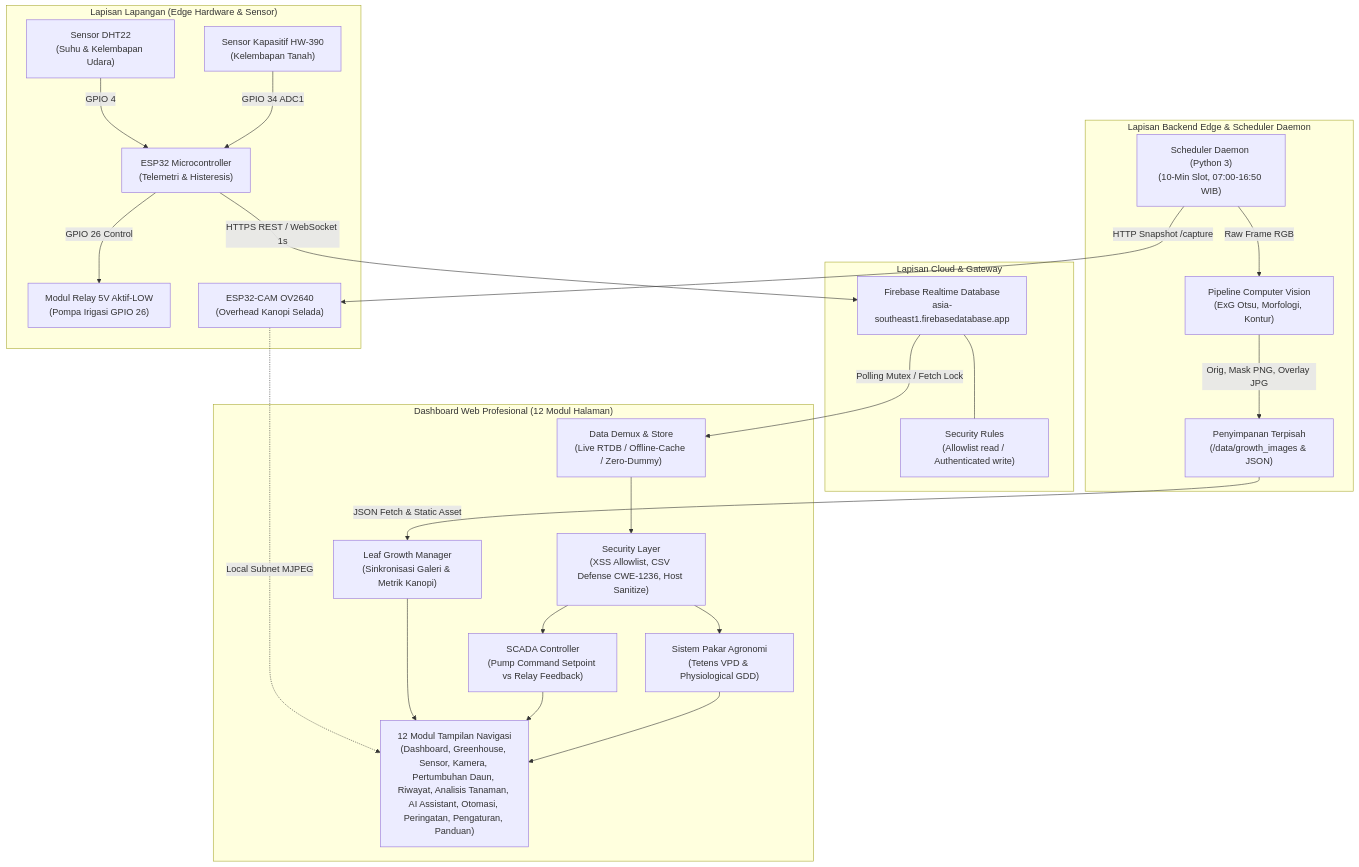
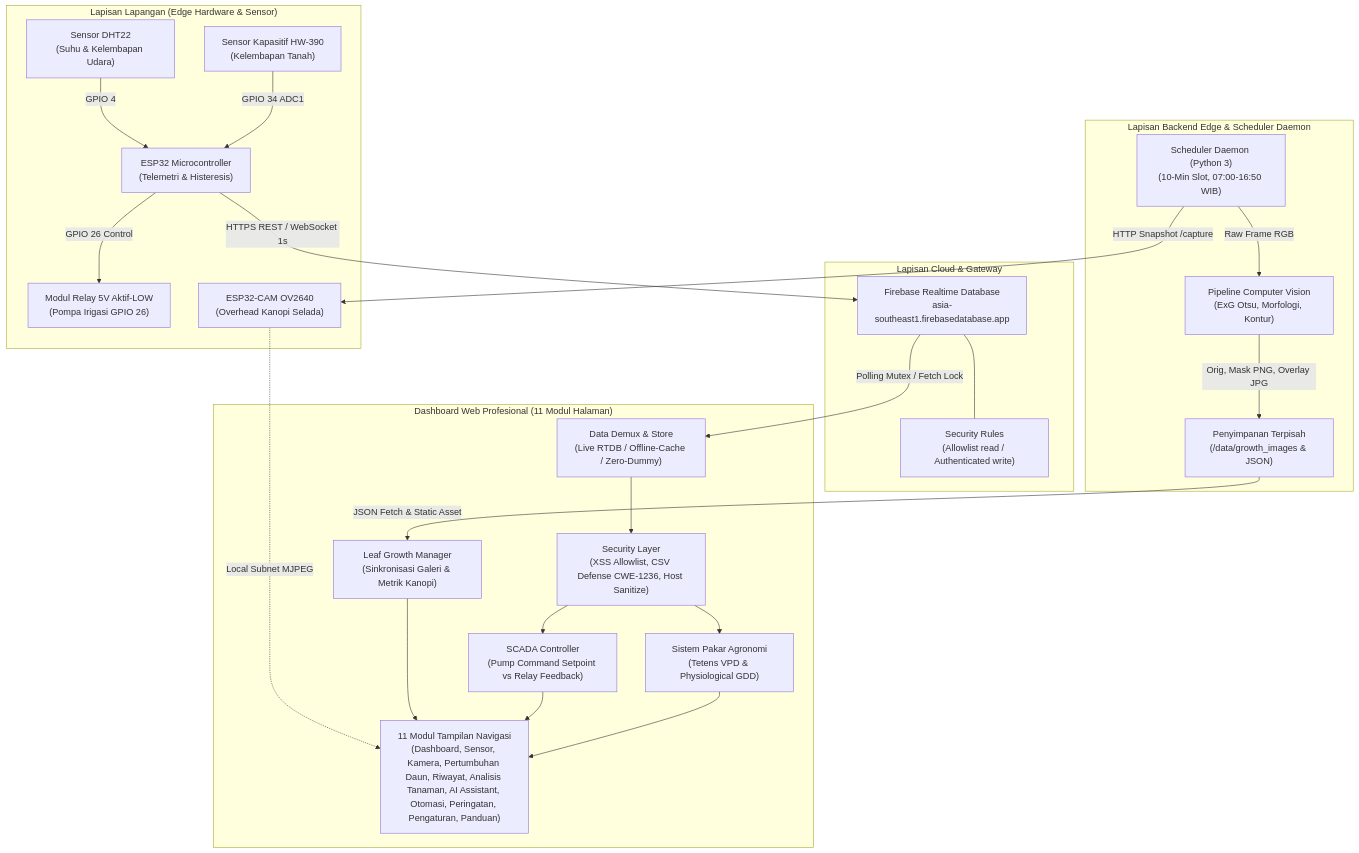
Before and after one commit to aether-asahina/selada-keriting-monitor: the diagram in README.md, drawn with Mermaid. The commit also changed other lines of this file and 7 other files, not shown here.

Commit message:
feat(ui): comprehensive Kelompok 5 UI/UX redesign, remove Greenhouse/EC/pH/CO2, add interactive multi-series & pump/growth charts

````diff
--- a/README.md
+++ b/README.md
@@ -9,51 +9,51 @@
 ```mermaid
 flowchart TD
     subgraph Edge_Hardware ["Lapisan Lapangan (Edge Hardware & Sensor)"]
         ESP32["ESP32 Microcontroller<br/>(Telemetri & Histeresis)"]
         DHT22["Sensor DHT22<br/>(Suhu & Kelembapan Udara)"]
         SOIL["Sensor Kapasitif HW-390<br/>(Kelembapan Tanah)"]
         RELAY["Modul Relay 5V Aktif-LOW<br/>(Pompa Irigasi GPIO 26)"]
         CAM["ESP32-CAM OV2640<br/>(Overhead Kanopi Selada)"]
         
         DHT22 -->|GPIO 4| ESP32
         SOIL -->|GPIO 34 ADC1| ESP32
         ESP32 -->|GPIO 26 Control| RELAY
     end
 
     subgraph Edge_Backend ["Lapisan Backend Edge & Scheduler Daemon"]
         SCHED["Scheduler Daemon (Python 3)<br/>(10-Min Slot, 07:00-16:50 WIB)"]
         CV["Pipeline Computer Vision<br/>(ExG Otsu, Morfologi, Kontur)"]
         STORE["Penyimpanan Terpisah<br/>(/data/growth_images & JSON)"]
         
         SCHED -->|HTTP Snapshot /capture| CAM
         SCHED -->|Raw Frame RGB| CV
         CV -->|Orig, Mask PNG, Overlay JPG| STORE
     end
 
     subgraph Cloud_Infrastructure ["Lapisan Cloud & Gateway"]
         RTDB["Firebase Realtime Database<br/>asia-southeast1.firebasedatabase.app"]
         RULES["Security Rules<br/>(Allowlist read / Authenticated write)"]
         
         ESP32 -->|HTTPS REST / WebSocket 1s| RTDB
         RTDB --- RULES
     end
 
-    subgraph Client_App ["Dashboard Web Profesional (12 Modul Halaman)"]
+    subgraph Client_App ["Dashboard Web Profesional (11 Modul Halaman)"]
         SEC["Security Layer<br/>(XSS Allowlist, CSV Defense CWE-1236, Host Sanitize)"]
         ROUTER["Data Demux & Store<br/>(Live RTDB / Offline-Cache / Zero-Dummy)"]
         GROWTH["Leaf Growth Manager<br/>(Sinkronisasi Galeri & Metrik Kanopi)"]
         SCADA["SCADA Controller<br/>(Pump Command Setpoint vs Relay Feedback)"]
         DSS["Sistem Pakar Agronomi<br/>(Tetens VPD & Physiological GDD)"]
-        UI["12 Modul Tampilan Navigasi<br/>(Dashboard, Greenhouse, Sensor, Kamera, Pertumbuhan Daun, Riwayat, Analisis Tanaman, AI Assistant, Otomasi, Peringatan, Pengaturan, Panduan)"]
+        UI["11 Modul Tampilan Navigasi<br/>(Dashboard, Sensor, Kamera, Pertumbuhan Daun, Riwayat, Analisis Tanaman, AI Assistant, Otomasi, Peringatan, Pengaturan, Panduan)"]
         
         RTDB -->|Polling Mutex / Fetch Lock| ROUTER
         STORE -->|JSON Fetch & Static Asset| GROWTH
         CAM -.->|Local Subnet MJPEG| UI
         ROUTER --> SEC
         SEC --> SCADA
         SEC --> DSS
         GROWTH --> UI
         SCADA --> UI
         DSS --> UI
     end
 ```
````
